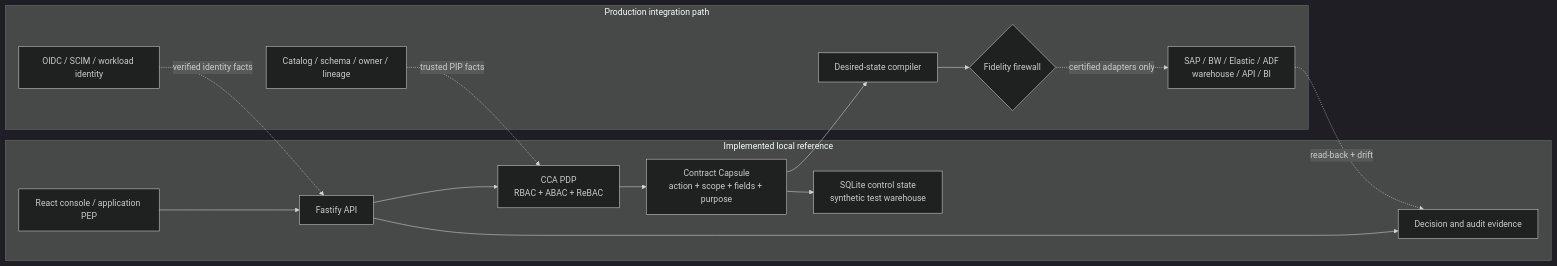
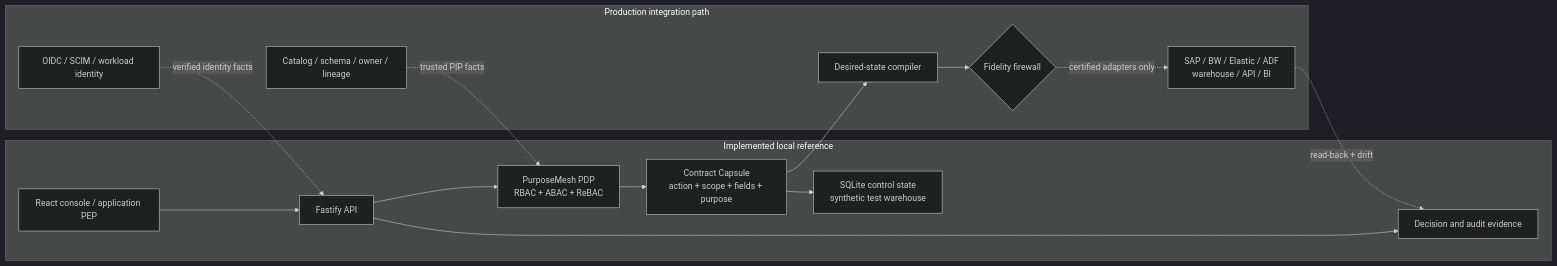
One commit to mkbhardwas12/purposemesh changed the diagram in README.md. Above: the diagram before and after it, drawn with Mermaid (dark theme). The commit also changed other lines of this file and 71 other files, not shown here.

Commit message:
Rebrand public reference as PurposeMesh

````diff
--- a/README.md
+++ b/README.md
@@ -67,19 +96,19 @@
 ```mermaid
 flowchart LR
   subgraph local["Implemented local reference"]
     UI["React console / application PEP"] --> API["Fastify API"]
-    API --> PDP["CCA PDP<br/>RBAC + ABAC + ReBAC"]
+    API --> PDP["PurposeMesh PDP<br/>RBAC + ABAC + ReBAC"]
     PDP --> CAP["Contract Capsule<br/>action + scope + fields + purpose"]
     CAP --> DATA["SQLite control state<br/>synthetic test warehouse"]
     API --> EVIDENCE["Decision and audit evidence"]
   end
 
   subgraph target["Production integration path"]
     ID["OIDC / SCIM / workload identity"] -. "verified identity facts" .-> API
     META["Catalog / schema / owner / lineage"] -. "trusted PIP facts" .-> PDP
     CAP --> COMPILER["Desired-state compiler"]
     COMPILER --> GATE{"Fidelity firewall"}
     GATE -. "certified adapters only" .-> SYSTEMS["SAP / BW / Elastic / ADF<br/>warehouse / API / BI"]
     SYSTEMS -. "read-back + drift" .-> EVIDENCE
   end
 ```
````
